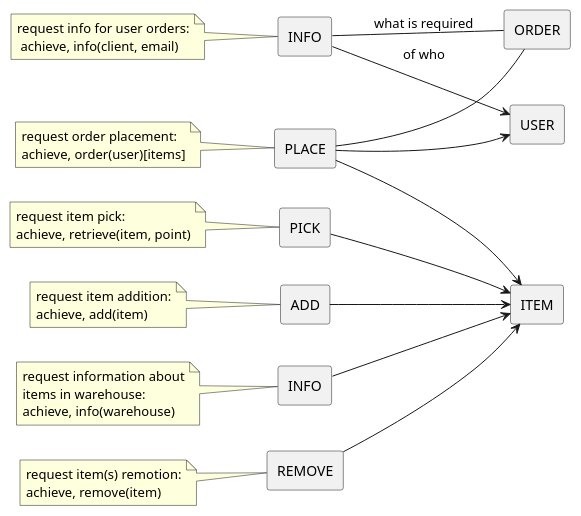
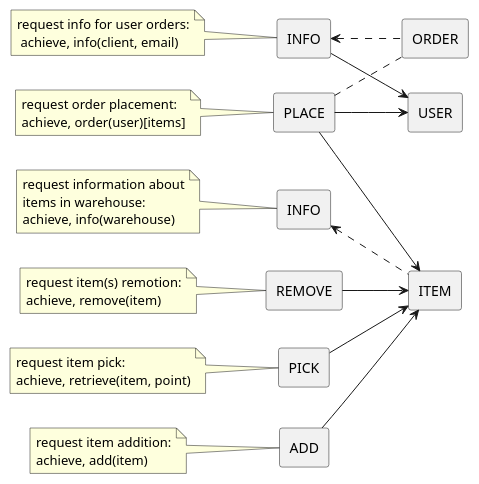
One commit to Mandrab/AMW changed the diagram in res/report/section/design/figure/ontology/ontology_operations-1.plantuml. Above: the diagram before and after it, drawn with PlantUML. The commit also changed 1 other file, not shown here.

Commit message:
lesser arrows changes in schemas

```diff
--- a/res/report/section/design/figure/ontology/ontology_operations-1.plantuml
+++ b/res/report/section/design/figure/ontology/ontology_operations-1.plantuml
@@ -1,27 +1,27 @@
-@startuml ontology-operations-1
+@startuml ontology_operations-1
 skinparam componentStyle rectangle
 left to right direction
 
 [INFO] as OINFO
-OINFO --> [USER]                    : of who
-OINFO -- [ORDER]                    : what is required
+OINFO --> [USER]
+OINFO <.. [ORDER]
 note left of OINFO: request info for user orders:\n achieve, info(client, email)
 
 [PLACE] --> [USER]
 [PLACE] --> [ITEM]
-[PLACE] -- [ORDER]
+[PLACE] .. [ORDER]
 note left of [PLACE]: request order placement:\nachieve, order(user)[items]
 
 [PICK] --> [ITEM]
 note left of [PICK]: request item pick:\nachieve, retrieve(item, point)
 
 [ADD] --> [ITEM]
 note left of [ADD]: request item addition:\nachieve, add(item)
 
-[INFO] --> [ITEM]
+[INFO] <.. [ITEM]
 note left of [INFO]: request information about\nitems in warehouse:\nachieve, info(warehouse)
 
 [REMOVE] --> [ITEM]
 note left of [REMOVE]: request item(s) remotion:\nachieve, remove(item)
 
 @enduml
```
